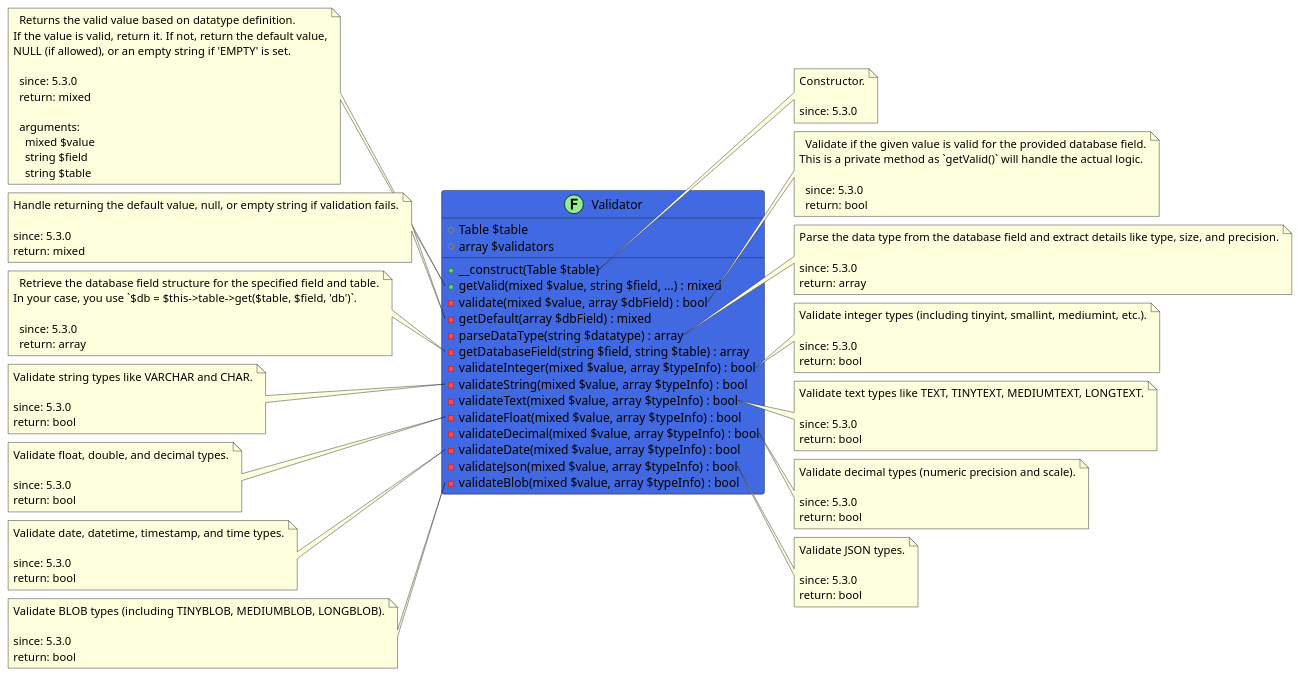
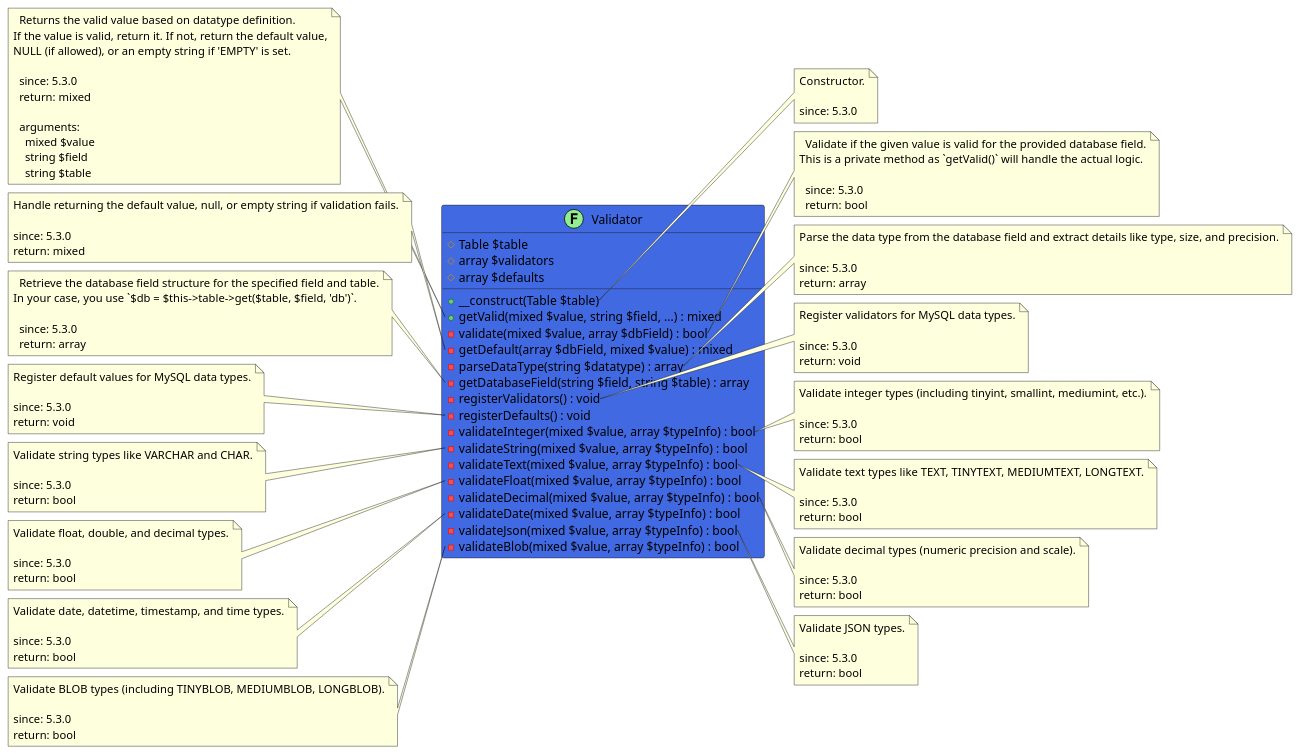
Before and after one commit to joomengine/super-powers: the diagram in src/79fd4f39-824d-4ab6-936d-959705ff24ec/README.md, drawn with PlantUML. The commit also changed 60 other files, not shown here.

```diff
--- a/src/79fd4f39-824d-4ab6-936d-959705ff24ec/README.md
+++ b/src/79fd4f39-824d-4ab6-936d-959705ff24ec/README.md
@@ -14,12 +14,15 @@
 class Validator << (F,LightGreen) >> #RoyalBlue {
   # Table $table
   # array $validators
+  # array $defaults
   + __construct(Table $table)
   + getValid(mixed $value, string $field, ...) : mixed
   - validate(mixed $value, array $dbField) : bool
-  - getDefault(array $dbField) : mixed
+  - getDefault(array $dbField, mixed $value) : mixed
   - parseDataType(string $datatype) : array
   - getDatabaseField(string $field, string $table) : array
+  - registerValidators() : void
+  - registerDefaults() : void
   - validateInteger(mixed $value, array $typeInfo) : bool
   - validateString(mixed $value, array $typeInfo) : bool
   - validateText(mixed $value, array $typeInfo) : bool
@@ -80,6 +83,20 @@
   return: array
 end note
 
+note right of Validator::registerValidators
+  Register validators for MySQL data types.
+
+  since: 5.3.0
+  return: void
+end note
+
+note left of Validator::registerDefaults
+  Register default values for MySQL data types.
+
+  since: 5.3.0
+  return: void
+end note
+
 note right of Validator::validateInteger
   Validate integer types (including tinyint, smallint, mediumint, etc.).
 
```
